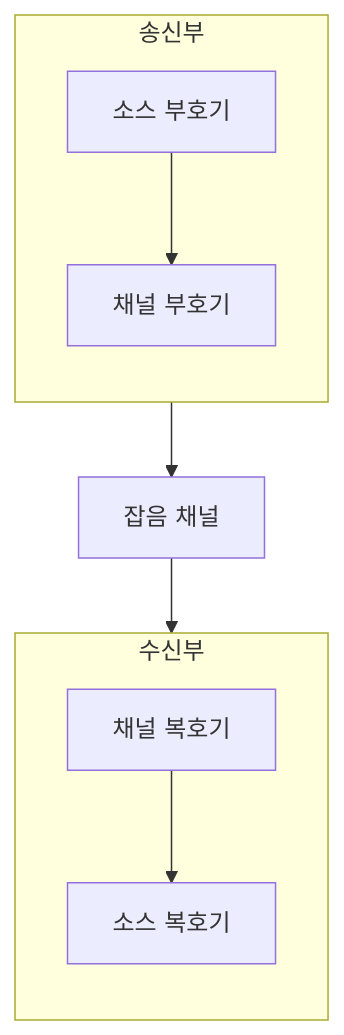
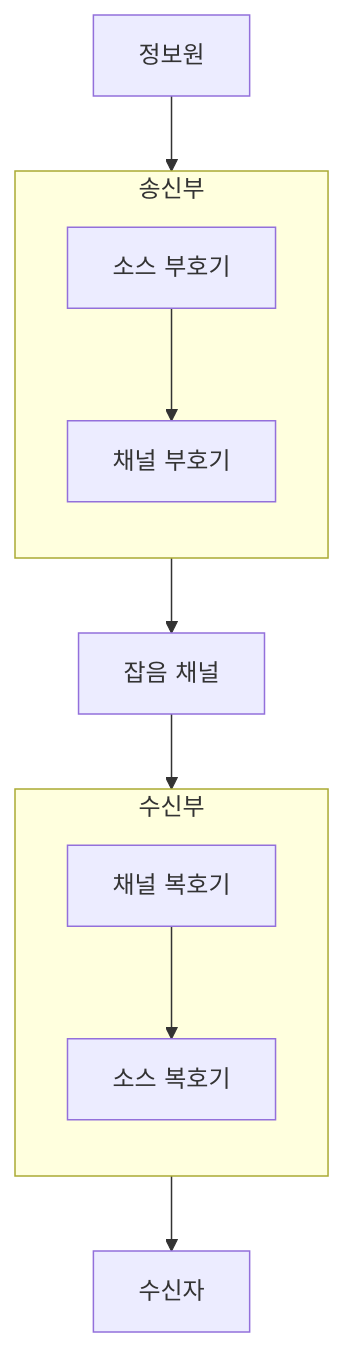
The first of 2 diagrams in src/content/docs/notes/01-basic-theory/030_source_vs_channel_coding.md (agnusdei1207/knowledge-base), drawn with Mermaid before and after one commit. The commit also changed other lines of this file and 20 other files, not shown here.

````diff
--- a/src/content/docs/notes/01-basic-theory/030_source_vs_channel_coding.md
+++ b/src/content/docs/notes/01-basic-theory/030_source_vs_channel_coding.md
@@ -64,13 +67,15 @@
 ```mermaid
 flowchart TB
     subgraph TX["송신부"]
         direction TB
         SE["소스 부호기"] --> CE["채널 부호기"]
     end
+    S["정보원"] --> SE
     CE --> CH["잡음 채널"]
     subgraph RX["수신부"]
         direction TB
         CD["채널 복호기"] --> SD["소스 복호기"]
     end
     CH --> CD
+    SD --> R["수신자"]
 ```
````
